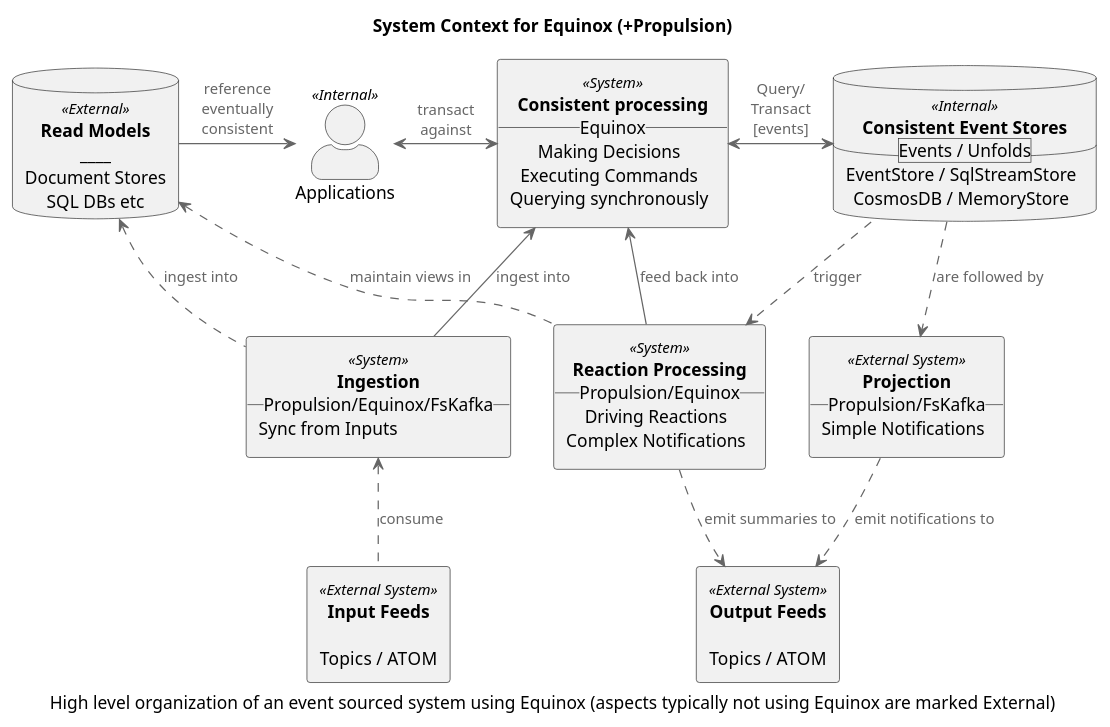
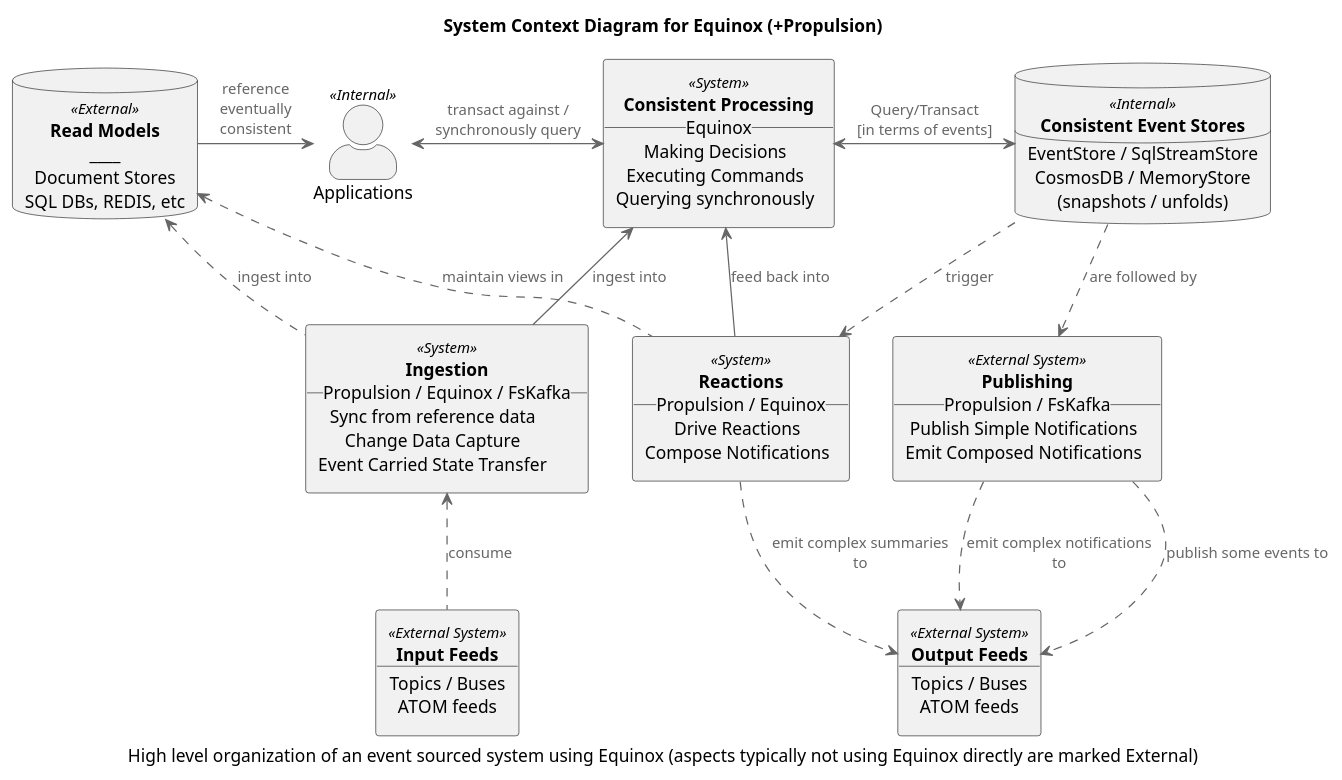
One commit to jet/equinox changed the diagram in diagrams/context.puml. Above: the diagram before and after it, drawn with PlantUML. The commit also changed 6 other files, not shown here.

```diff
--- a/diagrams/context.puml
+++ b/diagrams/context.puml
@@ -1,79 +1,86 @@
 @startuml
 !includeurl https://raw.githubusercontent.com/skleanthous/C4-PlantumlSkin/master/build/output/c4.puml
 
-title System Context for Equinox (+Propulsion)
-caption High level organization of an event sourced system using Equinox (aspects typically not using Equinox are marked External)
+title System Context Diagram for Equinox (+Propulsion)
+caption High level organization of an event sourced system using Equinox (aspects typically not using Equinox directly are marked External)
 
 together {
     actor "Applications" <<Internal>> as apps
     rectangle services <<System>> [
-        **Consistent processing**
+        **Consistent Processing**
         __Equinox__
         Making Decisions
         Executing Commands
         Querying synchronously
     ]
     database stores <<Internal>> [
         **Consistent Event Stores**
-        __Events / Unfolds__
+        ____
         EventStore / SqlStreamStore
         CosmosDB / MemoryStore
+        (snapshots / unfolds)
     ]
 }
 
 database caches <<External>> [
     **Read Models**
     ____  
     Document Stores 
-    SQL DBs etc
+    SQL DBs, REDIS, etc
 ]
 
 together {
     rectangle ingesters <<System>> [
         **Ingestion**
-        __Propulsion/Equinox/FsKafka__
-        Sync from Inputs
+        __Propulsion / Equinox / FsKafka__
+        Sync from reference data
+        Change Data Capture
+        Event Carried State Transfer
     ]
     rectangle reactors <<System>> [
-        **Reaction Processing**
-        __Propulsion/Equinox__
-        Driving Reactions
-        Complex Notifications
+        **Reactions**
+        __Propulsion / Equinox__
+        Drive Reactions
+        Compose Notifications
     ]
     rectangle projectors <<External System>> [
-        **Projection**
-        __Propulsion/FsKafka__
-        Simple Notifications
+        **Publishing**
+        __Propulsion / FsKafka__
+        Publish Simple Notifications
+        Emit Composed Notifications
     ]
 }
 
 rectangle sources <<External System>> [
     **Input Feeds**
-
-    Topics / ATOM 
+    ____
+    Topics / Buses
+    ATOM feeds 
 ]
 rectangle sinks <<External System>> [
     **Output Feeds**
-
-    Topics / ATOM
+    ____
+    Topics / Buses
+    ATOM feeds
 ]
 
 apps       <--   caches     : reference\neventually\nconsistent
-apps       <-R-> services   : transact\nagainst
+apps       <-R-> services   : transact against /\nsynchronously query
 
-services   <-R-> stores     : Query/\nTransact\n[events]
+services   <-R-> stores     : Query/Transact\n[in terms of events]
 
 stores     ..>   projectors : are followed by
 stores     ..>   reactors   : trigger
 
-projectors ..>   sinks      : emit notifications to
+projectors ..>   sinks      : emit complex notifications to
+projectors ..>   sinks      : publish some events to
 
 reactors   -->   services   : feed back into
-reactors   ..>   sinks      : emit summaries to
+reactors   ..>   sinks      : emit complex summaries to
 reactors   .U.>   caches    : maintain views in
 
 ingesters  <..   sources    : consume
 ingesters  -->   services   : ingest into
 ingesters  .U.>   caches    : ingest into
 
 @enduml
```
